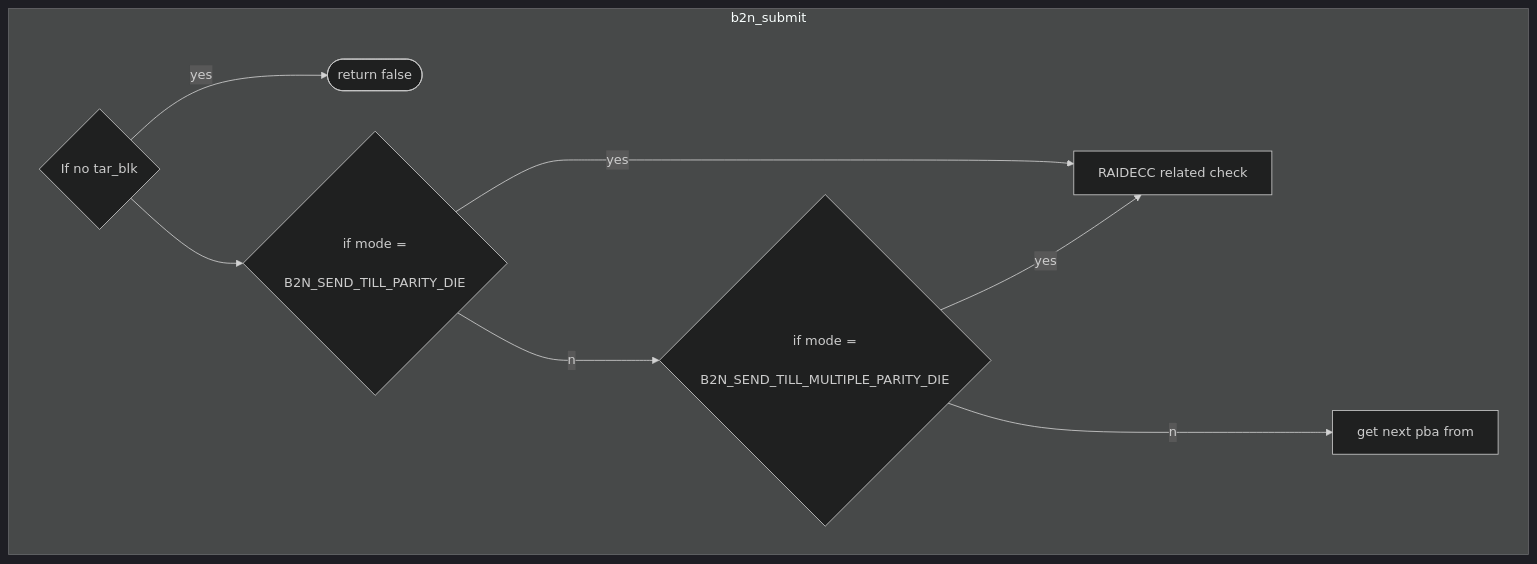
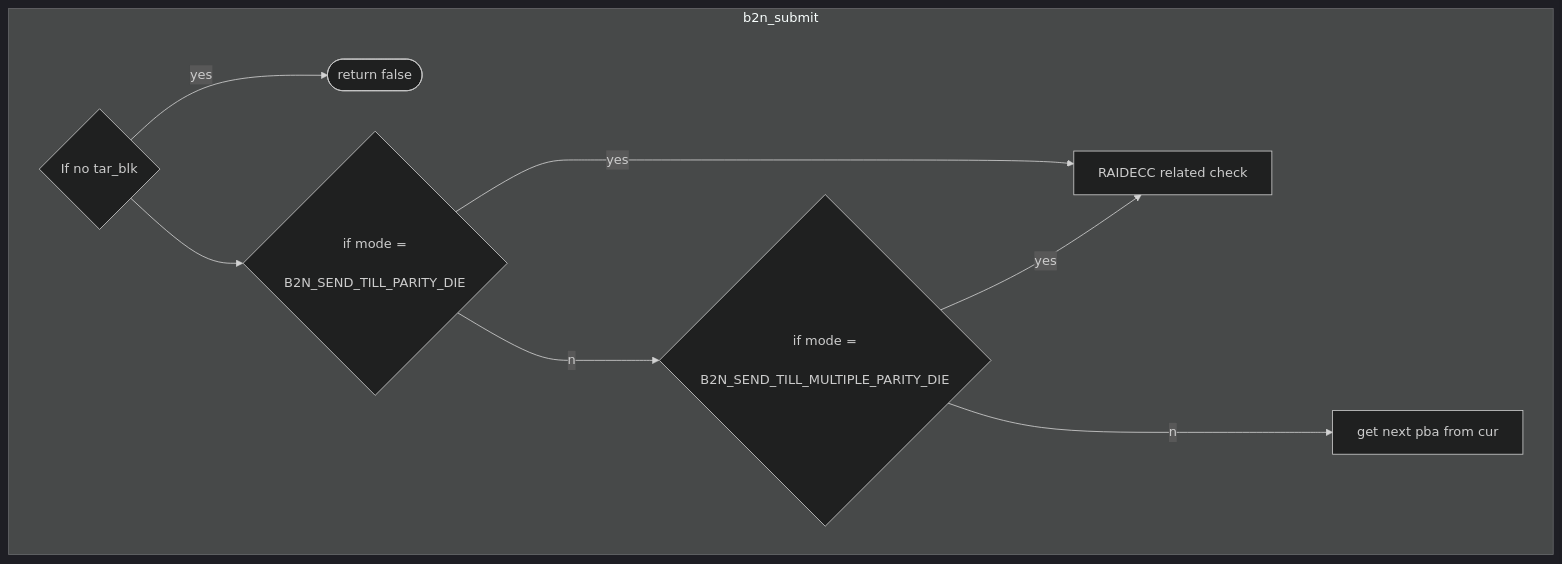
One commit to jenny112646/iodraw-files changed the diagram in all/未命名-2.md. Above: the diagram before and after it, drawn with Mermaid (dark theme).

Commit message:
2024-06-07 10:53:12 update

````diff
--- a/all/未命名-2.md
+++ b/all/未命名-2.md
@@ -1,13 +1,13 @@
 ```mermaid
 flowchart TD
 subgraph b2n_submit
     c1{"If no tar_blk"} --yes--> c2([return false])
     c1 --> c3{"if mode =
     B2N_SEND_TILL_PARITY_DIE"}
     c3 --yes--> c4["RAIDECC related check"]
     c3 --no--> c5{"if mode =
     B2N_SEND_TILL_MULTIPLE_PARITY_DIE"}
     c5 --yes--> c4["RAIDECC related check"]
-    c5 --no--> c6["get next pba from"]
+    c5 --no--> c6["get next pba from cur"]
 end
 ```
````
